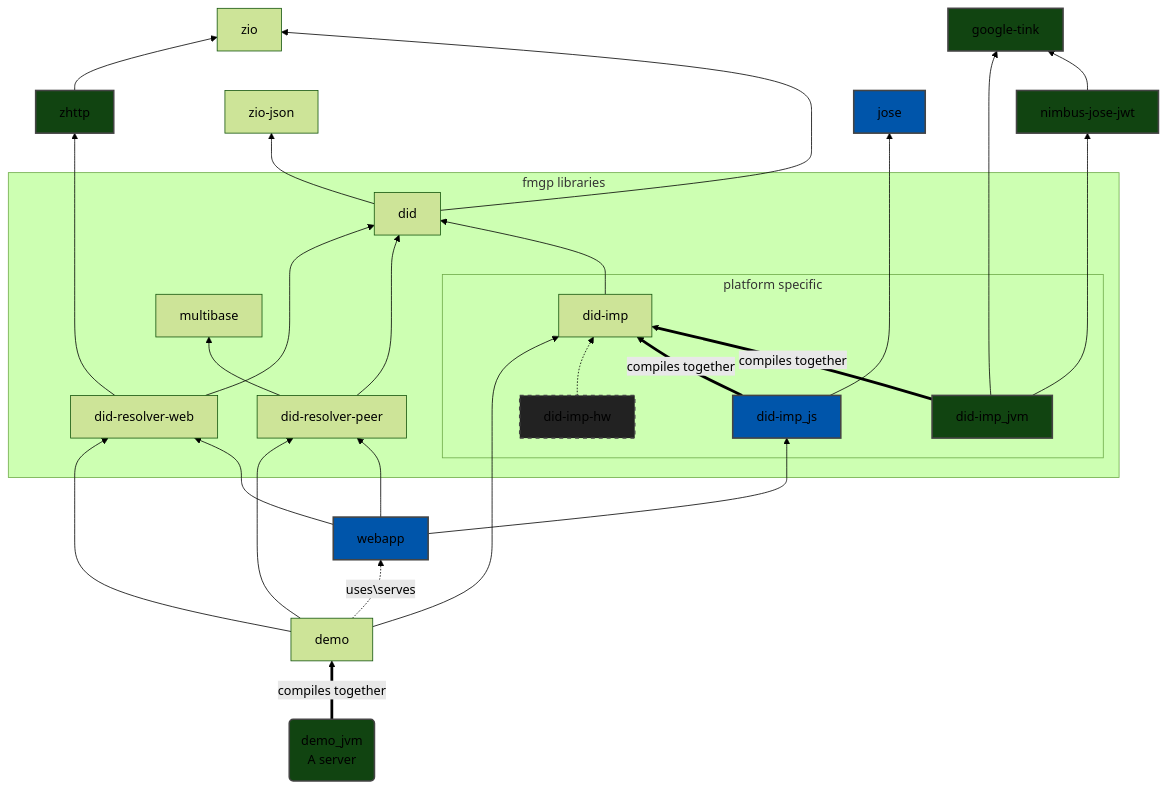
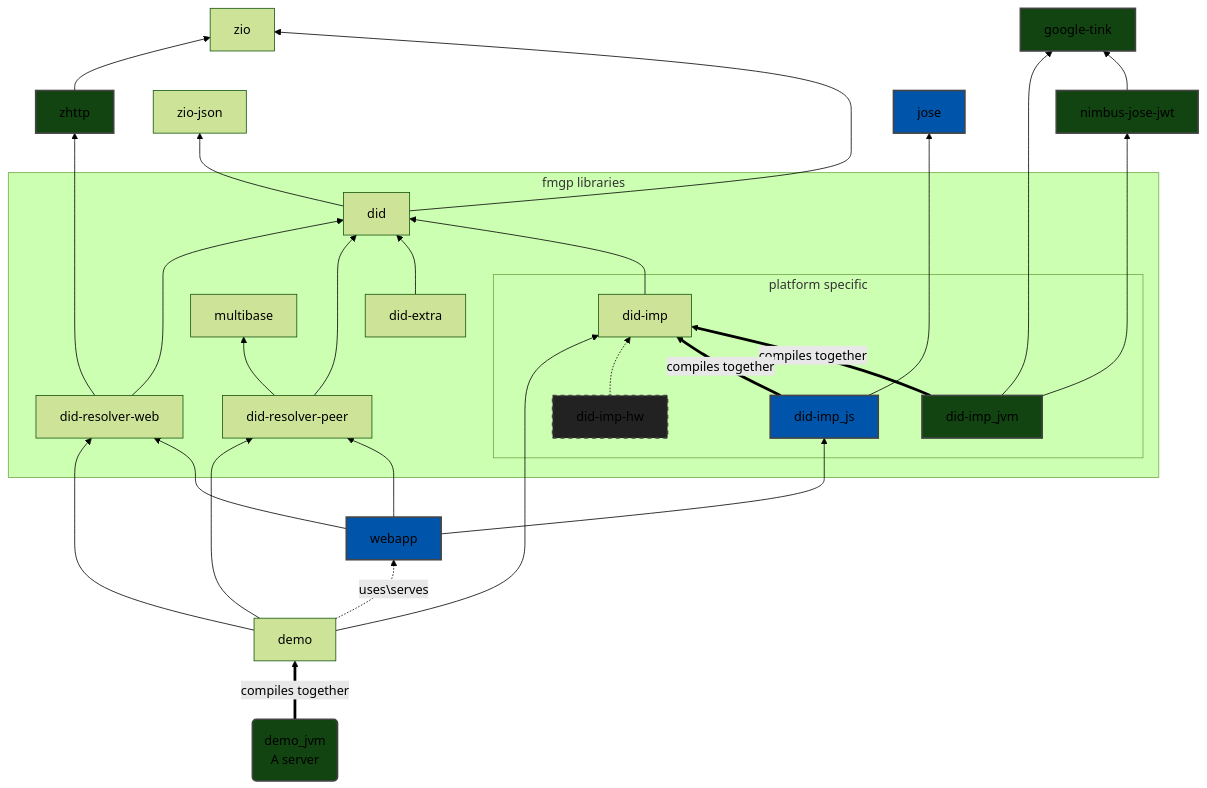
One commit to hyperledger/identus-mediator changed the diagram in README.md. Above: the diagram before and after it, drawn with Mermaid (forest theme). The commit also changed 4 other files, not shown here.

First line of the commit message:
New module 'did-extra'

````diff
--- a/README.md
+++ b/README.md
@@ -87,46 +87,47 @@
 ```mermaid
 flowchart BT
 
   did --> zio
   zhttp --> zio
   did --> zio-json
 
   did-resolver-web ----> zhttp:::JVM
 
   subgraph fmgp libraries
     subgraph platform specific
       did-imp
       did-imp_jvm:::JVM ==>|compiles together| did-imp
       did-imp_js:::JS ==>|compiles together| did-imp
       did-imp-hw:::Others -.-> did-imp
     end
     did-imp --> did
+    did-extra --> did
     %% did-imp_jvm:::JVM --> did
     %% did-imp_js:::JS --> did
     
     did-resolver-peer --> multibase
     did-resolver-peer --> did
     did-resolver-web --> did
   end
   
   did-imp_jvm:::JVM ----> nimbus-jose-jwt:::JVM --> google-tink:::JVM
   did-imp_jvm:::JVM ---> google-tink
 
   did-imp_js ----> jose:::JS
 
   %% subgraph demo/docs
     webapp:::JS --> did-imp_js
     webapp:::JS  --> did-resolver-web
     webapp:::JS  --> did-resolver-peer
     demo --> did-resolver-web
     demo --> did-resolver-peer
     demo --> did-imp 
     demo -.->|uses\serves| webapp
     demo_jvm(demo_jvm\nA server):::JVM ==>|compiles together| demo
   %% end
 
   classDef JVM fill:#141,stroke:#444,stroke-width:2px;
   classDef JS fill:#05a,stroke:#444,stroke-width:2px;
   classDef Others fill:#222,stroke:#444,stroke-width:2px,stroke-dasharray: 5 5;
 
 ```
````
